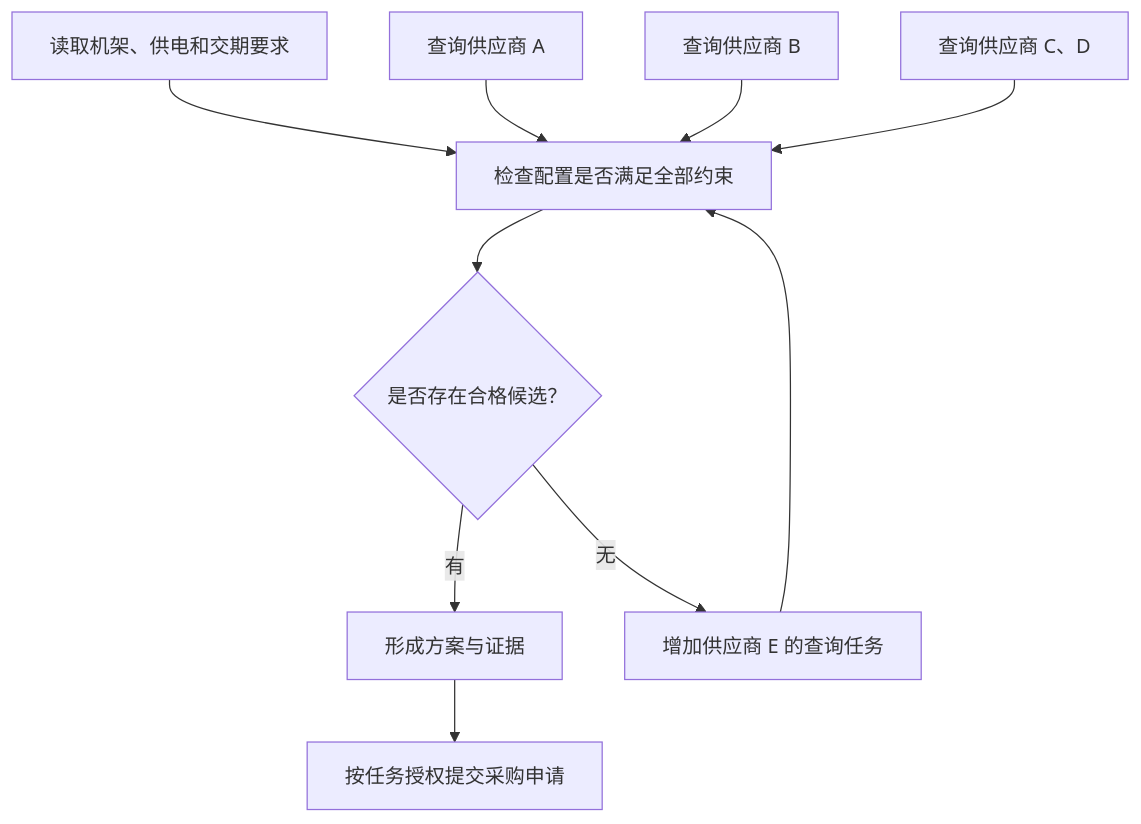
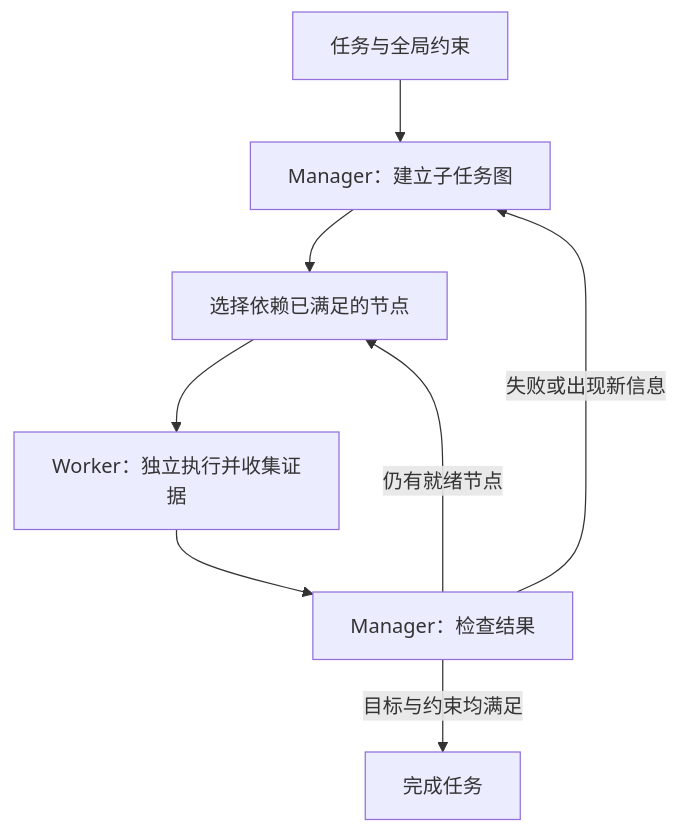
One commit to strongduanmu/blog changed the diagram in source/wiki/cmu_11_768/planning_task_decomposition_and_multi_agent_coordination.md. Above: the diagram before and after it, drawn with Mermaid. The commit also changed other lines of this file and 89 other files, not shown here.

````diff
--- a/source/wiki/cmu_11_768/planning_task_decomposition_and_multi_agent_coordination.md
+++ b/source/wiki/cmu_11_768/planning_task_decomposition_and_multi_agent_coordination.md
@@ -38,12 +95,10 @@
 ```mermaid
 flowchart TD
-    R["读取机架、供电和交期要求"] --> C["检查配置是否满足全部约束"]
-    A["查询供应商 A"] --> C
-    B["查询供应商 B"] --> C
-    D["查询供应商 C、D"] --> C
-    C --> Q{"是否存在合格候选？"}
-    Q -->|"有"| P["形成方案与证据"]
-    Q -->|"无"| E["增加供应商 E 的查询任务"]
-    E --> C
-    P --> H["按任务授权提交采购申请"]
+  A["任务与全局约束"] --> B["Manager：建立子任务图"]
+  B --> C["选择依赖已满足的节点"]
+  C --> D["Worker：独立执行并收集证据"]
+  D --> E["Manager：检查结果"]
+  E -->|"失败或出现新信息"| B
+  E -->|"仍有就绪节点"| C
+  E -->|"目标与约束均满足"| F["完成任务"]
 ```
````
